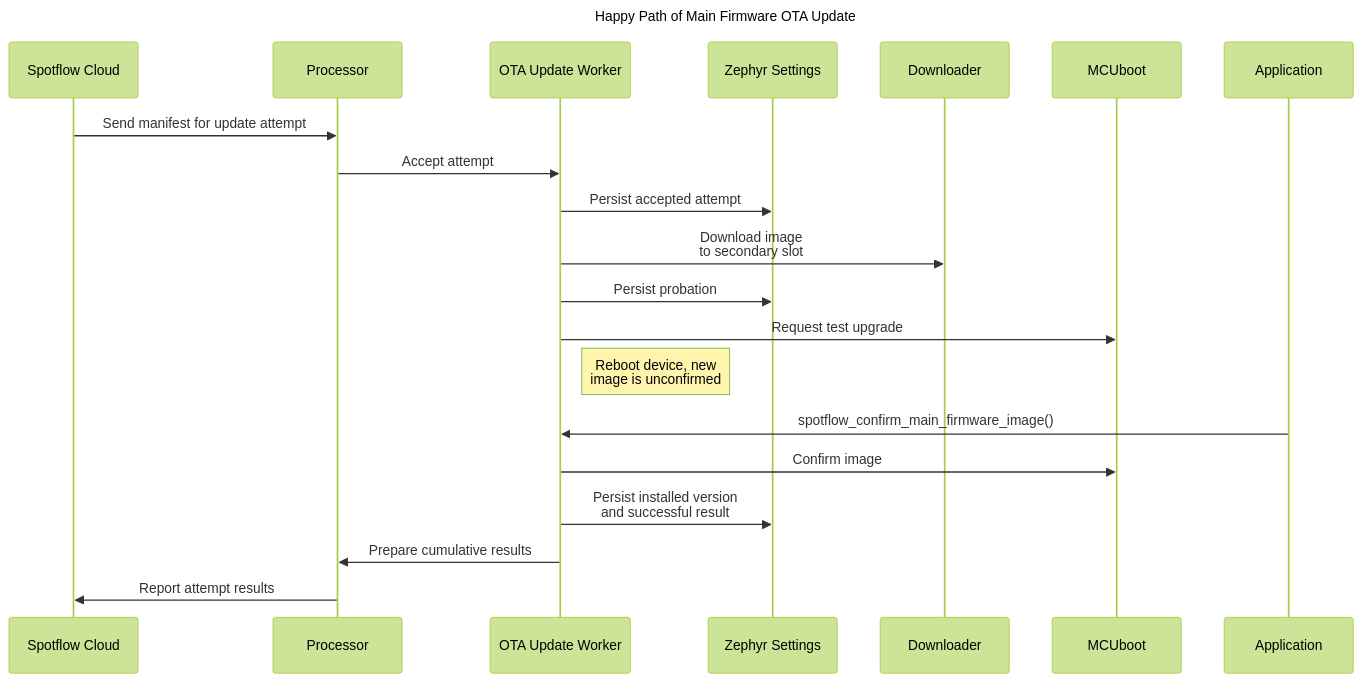
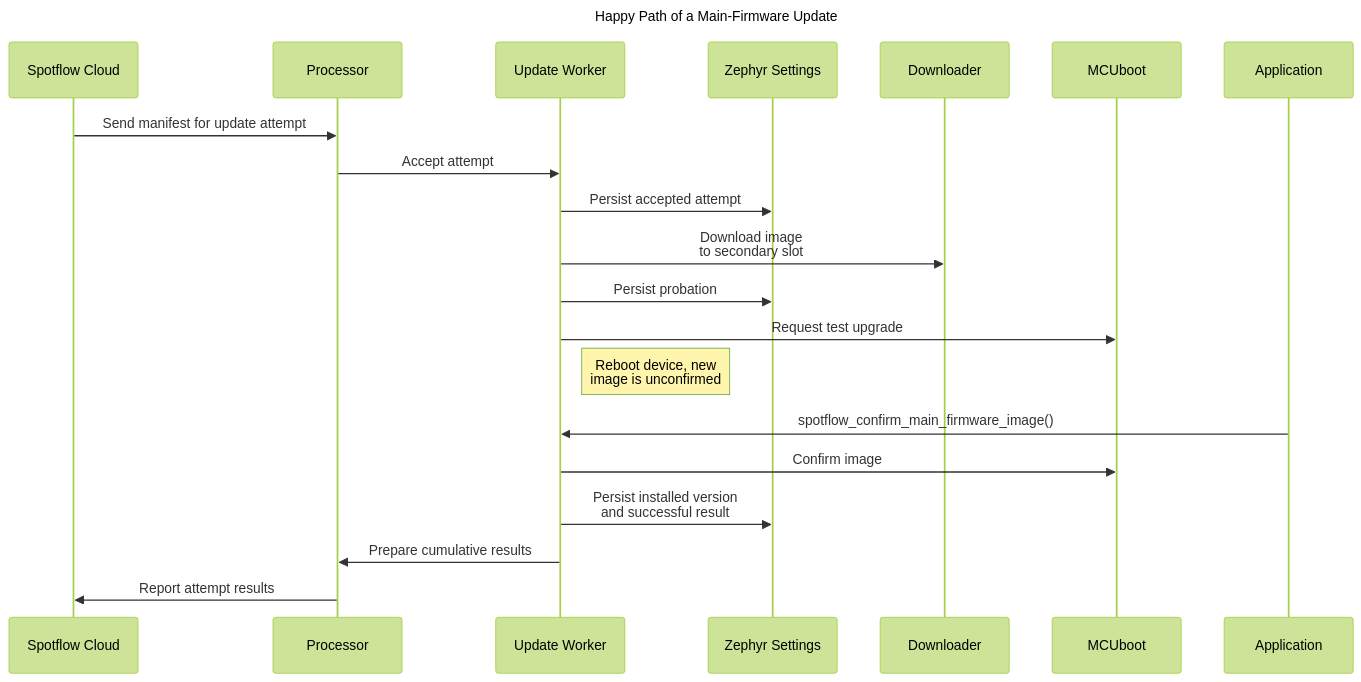
One commit to spotflow-io/device-sdk changed the fifth of 5 diagrams in README.md. Above: the diagram before and after it, drawn with Mermaid (forest theme). The commit also changed other lines of this file and 1 other file, not shown here.

Commit message:
Improve documentation and diagrams

````diff
--- a/README.md
+++ b/README.md
@@ -218,26 +218,26 @@
 ```mermaid
 ---
-title: Happy Path of Main Firmware OTA Update
+title: Happy Path of a Main-Firmware Update
 ---
 sequenceDiagram
     participant Cloud as Spotflow Cloud
     participant Processor
-    participant OTA as OTA Update Worker
+    participant Worker as Update Worker
     participant Settings as Zephyr Settings
     participant DL as Downloader
     participant Boot as MCUboot
     participant App as Application
 
     Cloud->>Processor: Send manifest for update attempt
-    Processor->>OTA: Accept attempt
-    OTA->>Settings: Persist accepted attempt
-    OTA->>DL: Download image<br />to secondary slot
-    OTA->>Settings: Persist probation
-    OTA->>Boot: Request test upgrade
-    Note right of OTA: Reboot device, new<br />image is unconfirmed
-    App->>OTA: spotflow_confirm_main_firmware_image()
-    OTA->>Boot: Confirm image
-    OTA->>Settings: Persist installed version<br />and successful result
-    OTA->>Processor: Prepare cumulative results
+    Processor->>Worker: Accept attempt
+    Worker->>Settings: Persist accepted attempt
+    Worker->>DL: Download image<br />to secondary slot
+    Worker->>Settings: Persist probation
+    Worker->>Boot: Request test upgrade
+    Note right of Worker: Reboot device, new<br />image is unconfirmed
+    App->>Worker: spotflow_confirm_main_firmware_image()
+    Worker->>Boot: Confirm image
+    Worker->>Settings: Persist installed version<br />and successful result
+    Worker->>Processor: Prepare cumulative results
     Processor->>Cloud: Report attempt results
 ```
````
